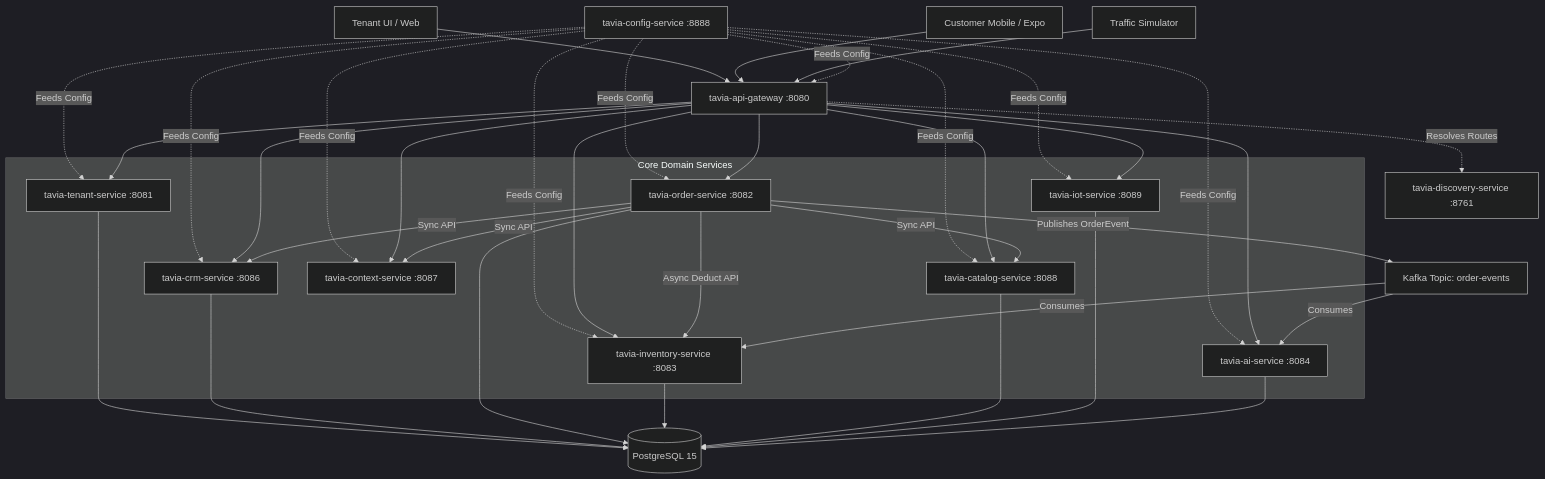
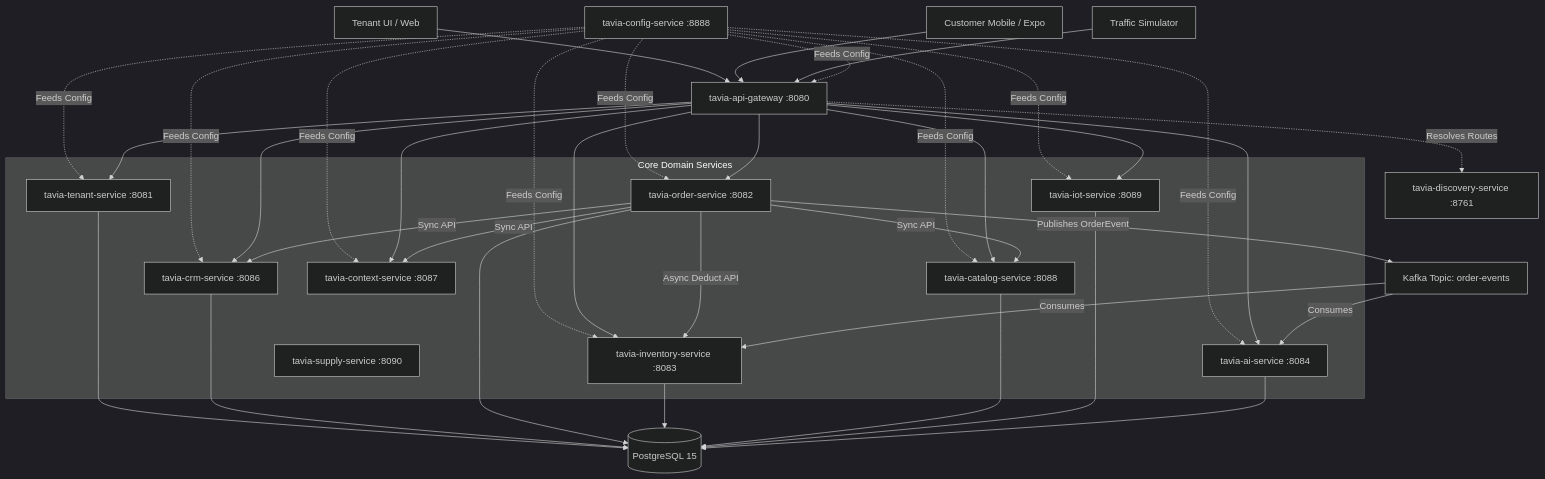
The diagram in README.md (tunaBasar/Tavia), drawn with Mermaid (dark theme) before and after one commit. The commit also changed other lines of this file and 87 other files, not shown here.

````diff
--- a/README.md
+++ b/README.md
@@ -12,61 +14,62 @@
 ```mermaid
 graph TD
     Client_Web[Tenant UI / Web] --> API_Gateway
     Client_Mobile[Customer Mobile / Expo] --> API_Gateway
     Traffic_Sim[Traffic Simulator] --> API_Gateway
 
     API_Gateway[tavia-api-gateway :8080]
     Eureka[tavia-discovery-service :8761]
     ConfigServer[tavia-config-service :8888]
 
     API_Gateway -.-> |Resolves Routes| Eureka
     
     subgraph Core Domain Services
         Tenant[tavia-tenant-service :8081]
         CRM[tavia-crm-service :8086]
         Order[tavia-order-service :8082]
         Inventory[tavia-inventory-service :8083]
         Catalog[tavia-catalog-service :8088]
         Context[tavia-context-service :8087]
         AI[tavia-ai-service :8084]
         IoT[tavia-iot-service :8089]
+        Supply[tavia-supply-service :8090]
     end
 
     ConfigServer -.-> |Feeds Config| API_Gateway
     ConfigServer -.-> |Feeds Config| Tenant
     ConfigServer -.-> |Feeds Config| CRM
     ConfigServer -.-> |Feeds Config| Order
     ConfigServer -.-> |Feeds Config| Inventory
     ConfigServer -.-> |Feeds Config| Catalog
     ConfigServer -.-> |Feeds Config| Context
     ConfigServer -.-> |Feeds Config| AI
     ConfigServer -.-> |Feeds Config| IoT
 
     API_Gateway --> Tenant
     API_Gateway --> CRM
     API_Gateway --> Order
     API_Gateway --> Inventory
     API_Gateway --> Catalog
     API_Gateway --> Context
     API_Gateway --> AI
     API_Gateway --> IoT
 
     Order --> |Sync API| CRM
     Order --> |Sync API| Context
     Order --> |Sync API| Catalog
     Order --> |Async Deduct API| Inventory
 
     Order -- Publishes OrderEvent --> KafkaTopic[Kafka Topic: order-events]
     KafkaTopic -- Consumes --> Inventory
     KafkaTopic -- Consumes --> AI
 
     PostgreSQL[(PostgreSQL 15)]
     
     Tenant --> PostgreSQL
     CRM --> PostgreSQL
     Order --> PostgreSQL
     Inventory --> PostgreSQL
     Catalog --> PostgreSQL
     IoT --> PostgreSQL
     AI --> PostgreSQL
 ```
````
